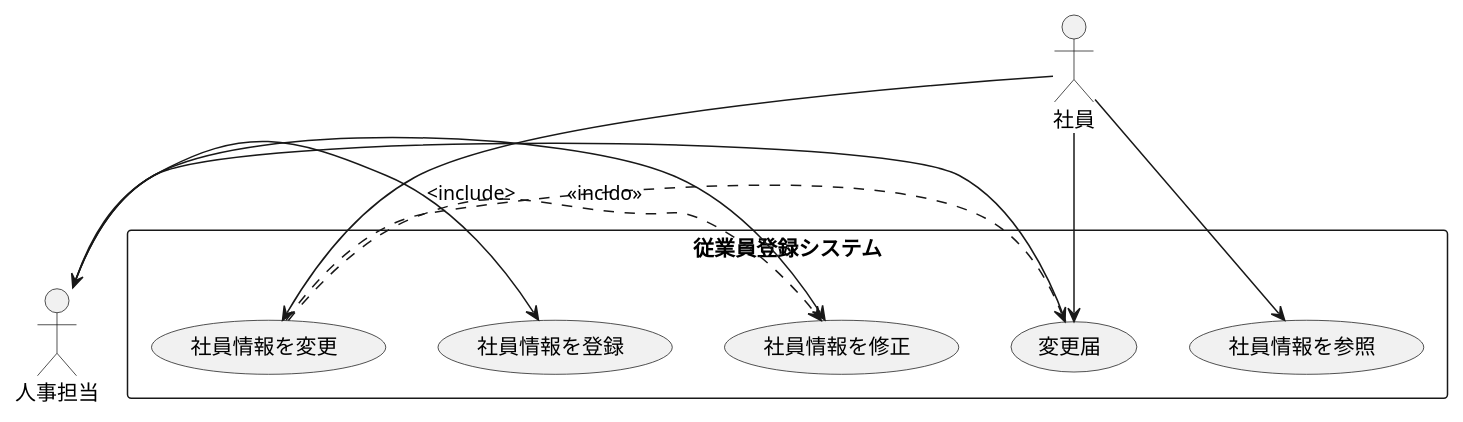
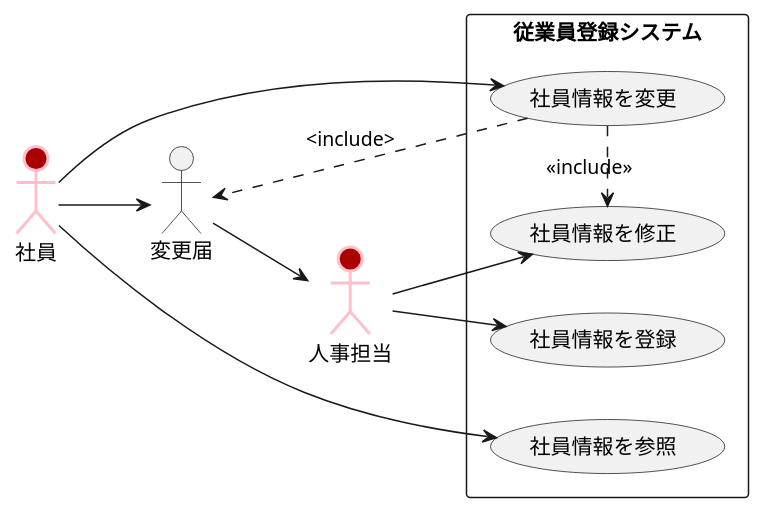
The diagram in 演習2-6_盛岡システム_従業員登録システム.pu (isio2/uml-introduction), drawn with PlantUML before and after one commit. The commit also changed 1 other file, not shown here.

```diff
--- a/演習2-6_盛岡システム_従業員登録システム.pu
+++ b/演習2-6_盛岡システム_従業員登録システム.pu
@@ -1,17 +1,19 @@
 @startuml ユースケース図
+left to right direction
+actor 社員 #AA0000;line:Pink;line.bold;
+actor 人事担当 #AA0000;line:Pink;line.bold;
 rectangle 従業員登録システム{
 usecase 社員情報を登録
 usecase 社員情報を参照
-usecase 変更届
 usecase 社員情報を変更
 usecase 社員情報を修正
 }
 人事担当->社員情報を登録
 人事担当-->社員情報を修正
-社員-->社員情報を参照
+社員---->社員情報を参照
 社員-->変更届
 社員-->社員情報を変更
 社員情報を変更.>変更届:<include>
-社員情報を変更.>社員情報を修正:<<incldo>>
+社員情報を変更.>社員情報を修正:<<include>>
 変更届-->人事担当
 @enduml
```
